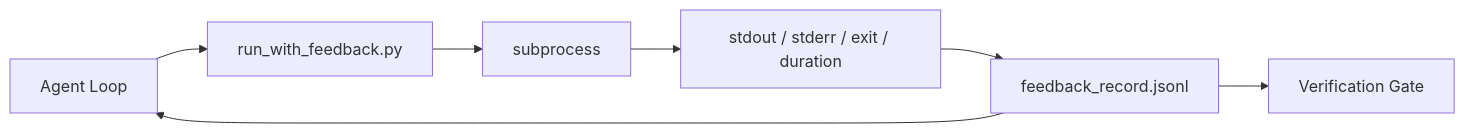
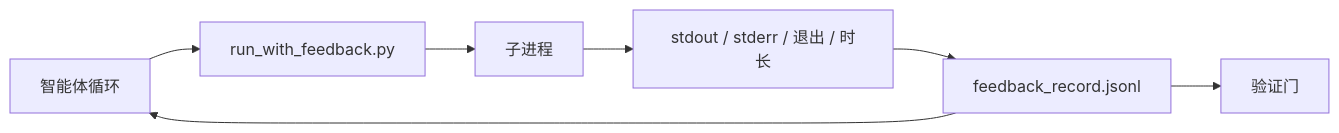
Before and after one commit to guangningsun/ailearning: the diagram in lessons/14-agent-engineering/37-runtime-feedback-loops/docs/zh.md, drawn with Mermaid. The commit also changed other lines of this file and 42 other files, not shown here.

````diff
--- a/lessons/14-agent-engineering/37-runtime-feedback-loops/docs/zh.md
+++ b/lessons/14-agent-engineering/37-runtime-feedback-loops/docs/zh.md
@@ -25,9 +25,9 @@
 ```mermaid
 flowchart LR
-  Agent[Agent Loop] --> Runner[run_with_feedback.py]
-  Runner --> Shell[subprocess]
-  Shell --> Capture[stdout / stderr / exit / duration]
+  Agent[智能体循环] --> Runner[run_with_feedback.py]
+  Runner --> Shell[子进程]
+  Shell --> Capture[stdout / stderr / 退出 / 时长]
   Capture --> Record[feedback_record.jsonl]
   Record --> Agent
-  Record --> Gate[Verification Gate]
+  Record --> Gate[验证门]
 ```
````
